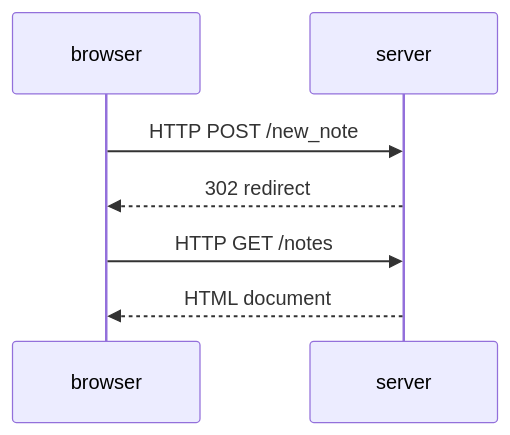
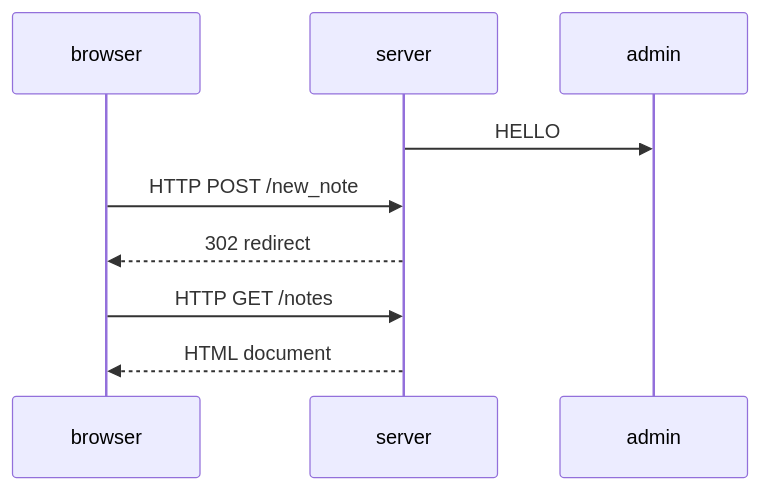
One commit to Ramzin007/fullstackopen changed the diagram in part0/0.4.md. Above: the diagram before and after it, drawn with Mermaid.

Commit message:
part0 updated

````diff
--- a/part0/0.4.md
+++ b/part0/0.4.md
@@ -1,10 +1,12 @@
 ```mermaid
 sequenceDiagram
 participant browser
 participant server
+participant admin
 
+server->>admin: HELLO
 browser->>server: HTTP POST /new_note
 server-->>browser: 302 redirect
 browser->>server: HTTP GET /notes
 server-->>browser: HTML document
 ```
````
